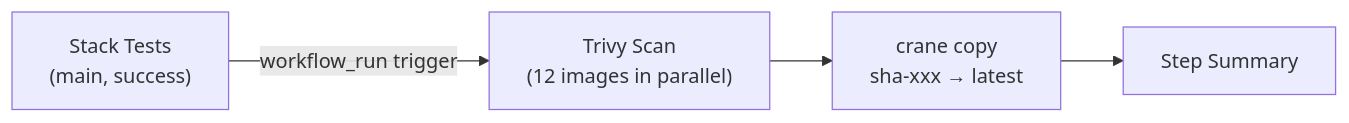
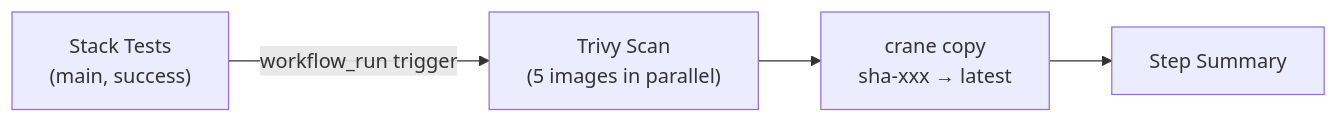
The third of 3 diagrams in docs/operations/cicd.md (HardMax71/Integr8sCode), drawn with Mermaid before and after one commit. The commit also changed other lines of this file and 59 other files, not shown here.

````diff
--- a/docs/operations/cicd.md
+++ b/docs/operations/cicd.md
@@ -236,6 +229,6 @@
 ```mermaid
 graph LR
     ST["Stack Tests<br/>(main, success)"] -->|workflow_run trigger| Scan
-    Scan["Trivy Scan<br/>(12 images in parallel)"] --> Promote["crane copy<br/>sha-xxx → latest"]
+    Scan["Trivy Scan<br/>(5 images in parallel)"] --> Promote["crane copy<br/>sha-xxx → latest"]
     Promote --> Summary["Step Summary"]
 ```
````
